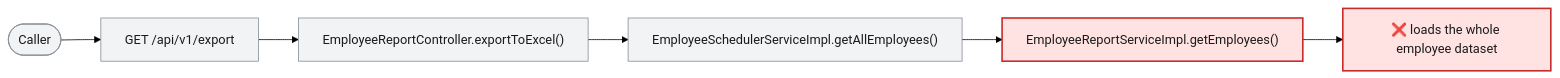
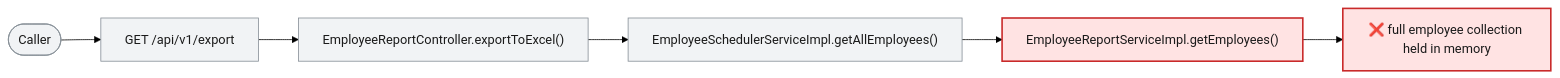
Before and after one commit to Udaradg/sample-java-project: the third of 3 diagrams in docs/agent_output/03-blast-radius/blast_radius_ISSUE-001.md, drawn with Mermaid (forest theme). The commit also changed other lines of this file and 52 other files, not shown here.

````diff
--- a/docs/agent_output/03-blast-radius/blast_radius_ISSUE-001.md
+++ b/docs/agent_output/03-blast-radius/blast_radius_ISSUE-001.md
@@ -118,19 +118,19 @@
 ```mermaid
 flowchart LR
   classDef broken fill:#ffe3e3,stroke:#c92a2a,stroke-width:2px,color:#1a1a1a
   classDef degraded fill:#fff3bf,stroke:#e8590c,stroke-width:2px,color:#1a1a1a
   classDef atrisk fill:#fff9db,stroke:#f08c00,stroke-width:1px,color:#1a1a1a
   classDef ok fill:#e6fcf5,stroke:#2f9e44,stroke-width:1px,color:#1a1a1a
   classDef neutral fill:#f1f3f5,stroke:#868e96,stroke-width:1px,color:#1a1a1a
   CALLER(["Caller"]):::neutral
   EP["GET /api/v1/export"]:::neutral
   CALLER --> EP
   N0["EmployeeReportController.exportToExcel()"]:::neutral
   EP --> N0
   N1["EmployeeSchedulerServiceImpl.getAllEmployees()"]:::neutral
   N0 --> N1
   N2["EmployeeReportServiceImpl.getEmployees()"]:::broken
   N1 --> N2
-  FAIL["❌ loads the whole employee dataset"]:::broken
+  FAIL["❌ full employee collection held in memory"]:::broken
   N2 --> FAIL
 ```
````
